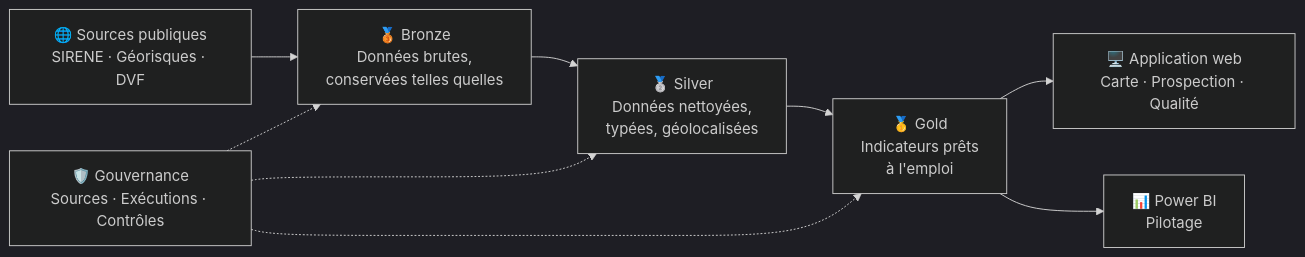
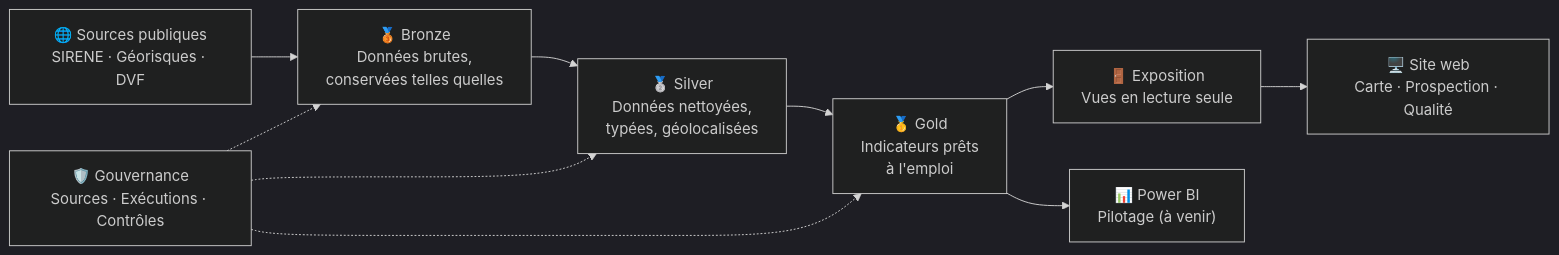
Before and after one commit to heykelh/dockz: the diagram in README.md, drawn with Mermaid (dark theme). The commit also changed other lines of this file and 1 other file, not shown here.

````diff
--- a/README.md
+++ b/README.md
@@ -142,11 +156,12 @@
 ```mermaid
 flowchart LR
     A["🌐 Sources publiques<br/>SIRENE · Géorisques · DVF"] --> B["🥉 Bronze<br/>Données brutes,<br/>conservées telles quelles"]
     B --> C["🥈 Silver<br/>Données nettoyées,<br/>typées, géolocalisées"]
     C --> D["🥇 Gold<br/>Indicateurs prêts<br/>à l'emploi"]
-    D --> E["🖥️ Application web<br/>Carte · Prospection · Qualité"]
-    D --> F["📊 Power BI<br/>Pilotage"]
+    D --> X["🚪 Exposition<br/>Vues en lecture seule"]
+    X --> E["🖥️ Site web<br/>Carte · Prospection · Qualité"]
+    D --> F["📊 Power BI<br/>Pilotage (à venir)"]
     G["🛡️ Gouvernance<br/>Sources · Exécutions · Contrôles"] -.-> B
     G -.-> C
     G -.-> D
 ```
````
